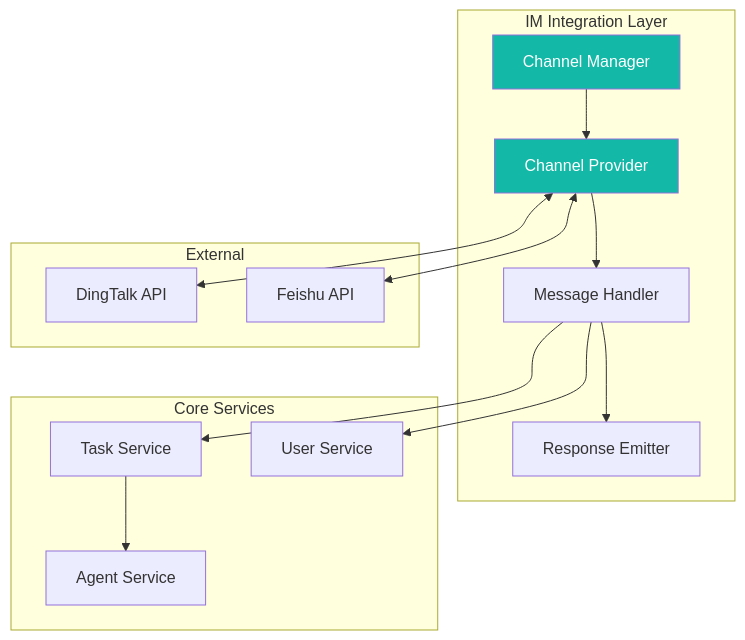
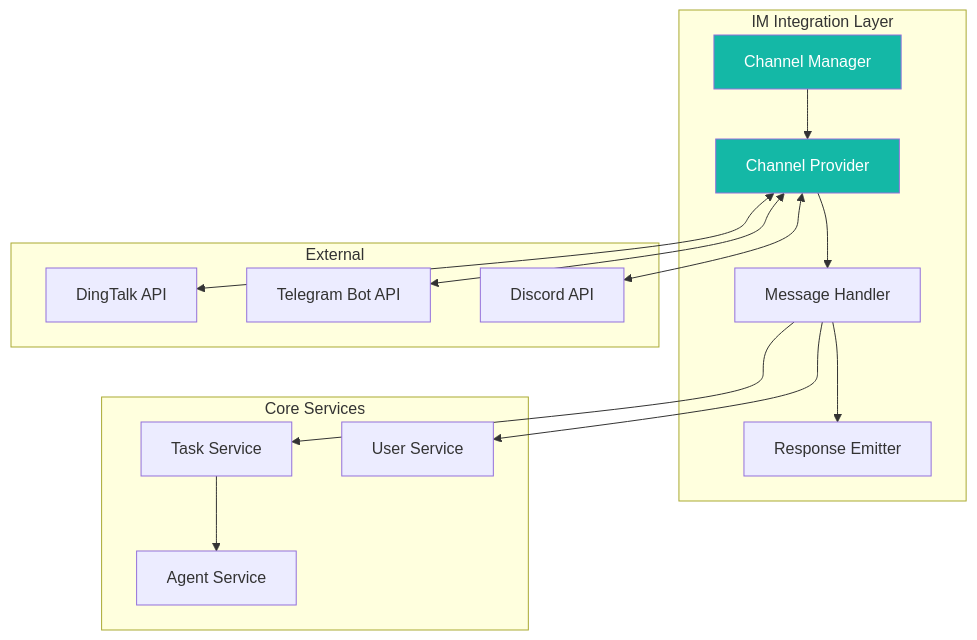
Before and after one commit to wecode-ai/wegent-docs: the second of 3 diagrams in docs/user-guide/integrations/im-channel-integration.md, drawn with Mermaid. The commit also changed other lines of this file and 3 other files, not shown here.

````diff
--- a/docs/user-guide/integrations/im-channel-integration.md
+++ b/docs/user-guide/integrations/im-channel-integration.md
@@ -81,34 +83,36 @@
 ```mermaid
 graph TB
     subgraph "IM Integration Layer"
         CM[Channel Manager]
         CP[Channel Provider]
         MH[Message Handler]
         RE[Response Emitter]
     end
 
     subgraph "Core Services"
         TS[Task Service]
         US[User Service]
         AS[Agent Service]
     end
 
     subgraph "External"
         DT[DingTalk API]
-        FS[Feishu API]
+        TG[Telegram Bot API]
+        DC[Discord API]
     end
 
     CM --> CP
     CP --> MH
     MH --> RE
 
     MH --> TS
     MH --> US
     TS --> AS
 
     CP <--> DT
-    CP <--> FS
+    CP <--> TG
+    CP <--> DC
 
     style CM fill:#14B8A6,color:#fff
     style CP fill:#14B8A6,color:#fff
 ```
````
